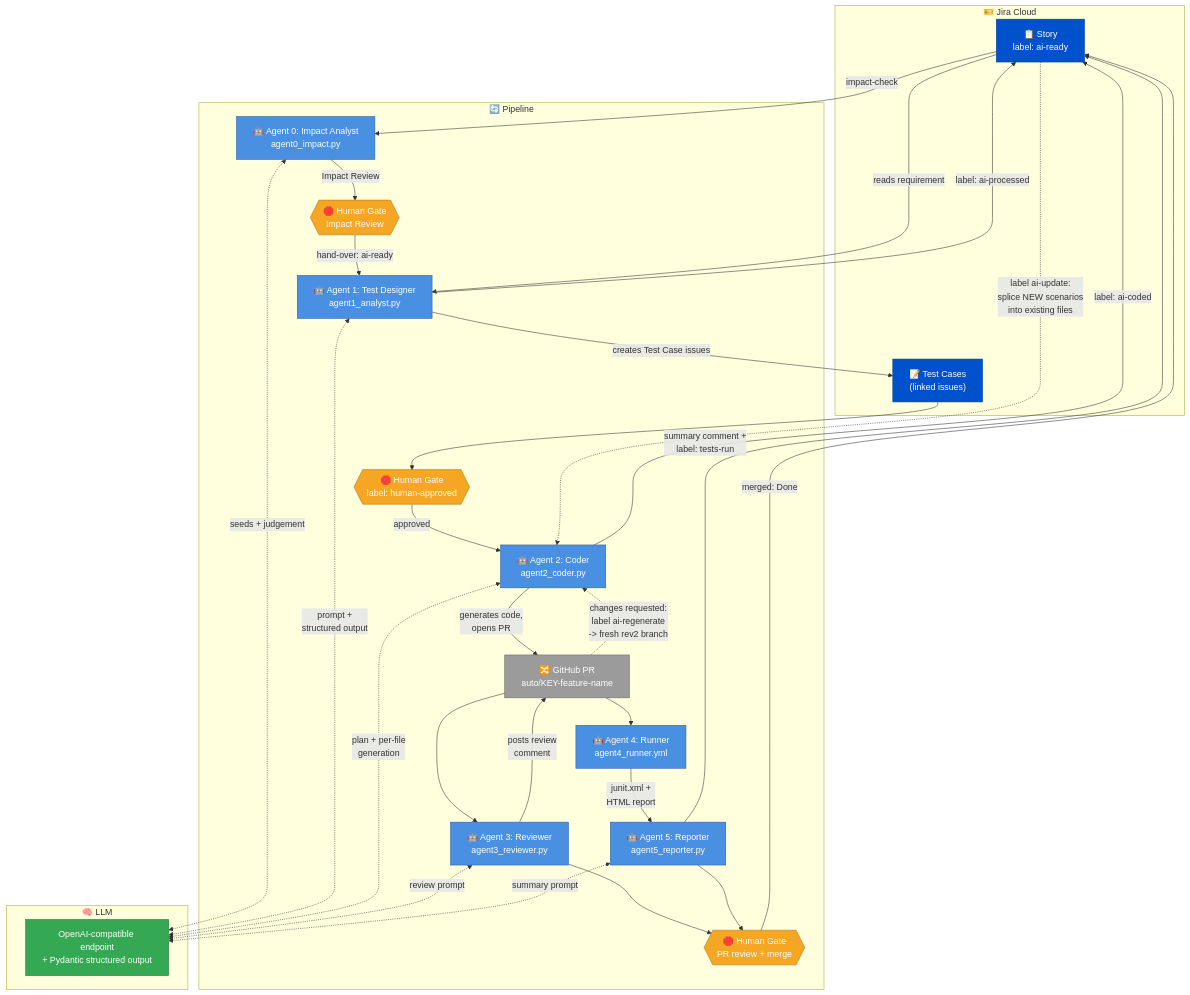
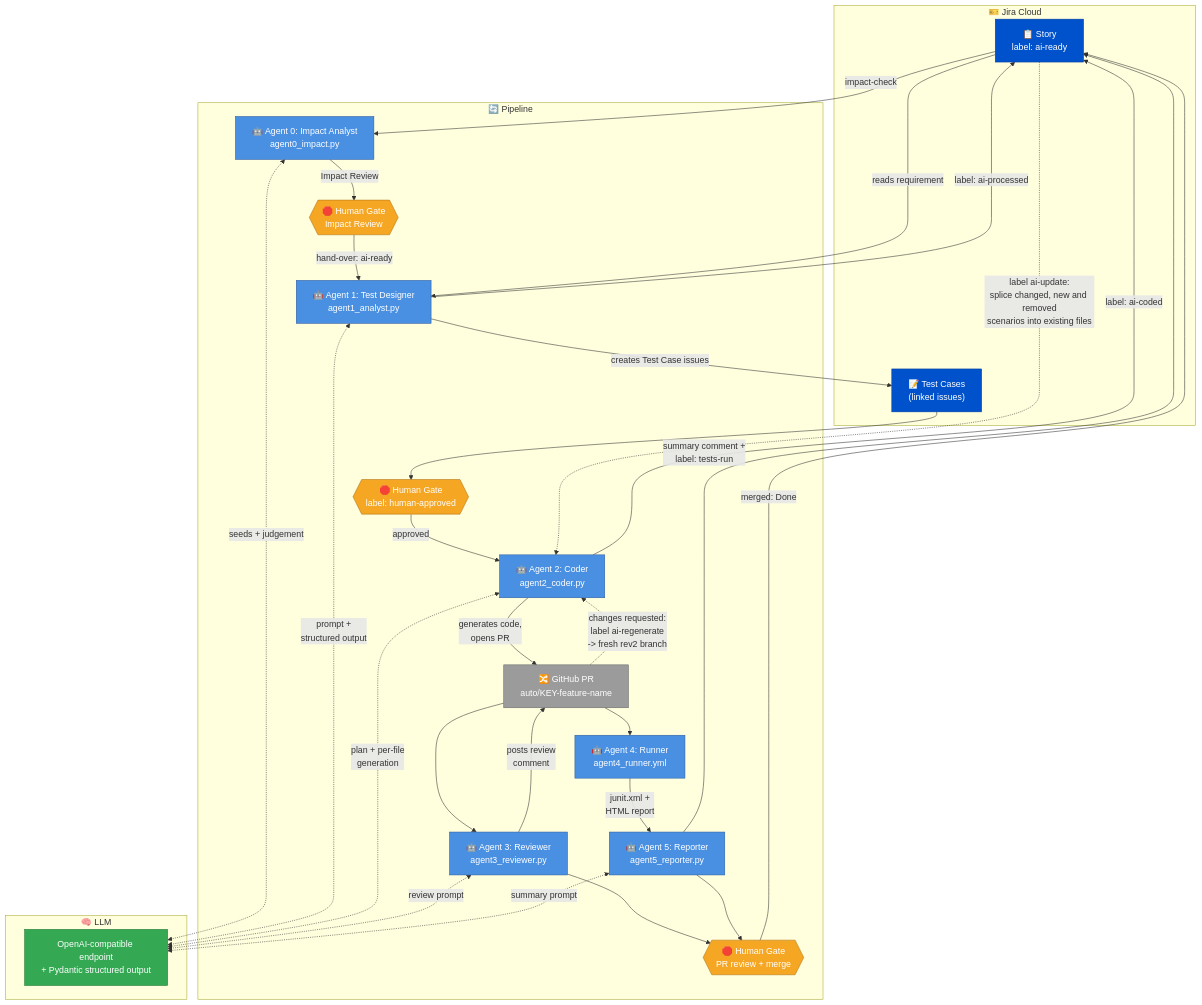
The second of 5 diagrams in docs/GUIDE.md (rajiniottesting-coder/multi-agent-test-automation), drawn with Mermaid before and after one commit. The commit also changed other lines of this file and 6 other files, not shown here.

````diff
--- a/docs/GUIDE.md
+++ b/docs/GUIDE.md
@@ -1633,64 +1655,64 @@
 ```mermaid
 flowchart TB
     subgraph JIRA["🎫 Jira Cloud"]
         Story["📋 Story<br/>label: ai-ready"]
         TC["📝 Test Cases<br/>(linked issues)"]
     end
 
     subgraph PIPELINE["🔄 Pipeline"]
         A0["🤖 Agent 0: Impact Analyst<br/>agent0_impact.py"]
         H0{{"🛑 Human Gate<br/>Impact Review"}}
         A1["🤖 Agent 1: Test Designer<br/>agent1_analyst.py"]
         H1{{"🛑 Human Gate<br/>label: human-approved"}}
         A2["🤖 Agent 2: Coder<br/>agent2_coder.py"]
         PR["🔀 GitHub PR<br/>auto/KEY-feature-name"]
         A3["🤖 Agent 3: Reviewer<br/>agent3_reviewer.py"]
         H2{{"🛑 Human Gate<br/>PR review + merge"}}
         A4["🤖 Agent 4: Runner<br/>agent4_runner.yml"]
         A5["🤖 Agent 5: Reporter<br/>agent5_reporter.py"]
     end
 
     subgraph LLMGROUP["🧠 LLM"]
         LLM["OpenAI-compatible endpoint<br/>+ Pydantic structured output"]
     end
 
     Story -->|"impact-check"| A0
     A0 -->|"Impact Review"| H0
     H0 -->|"hand-over: ai-ready"| A1
     Story -->|"reads requirement"| A1
     A1 -->|"creates Test Case issues"| TC
     A1 -->|"label: ai-processed"| Story
     TC --> H1
     H1 -->|"approved"| A2
     A2 -->|"generates code,<br/>opens PR"| PR
     A2 -->|"label: ai-coded"| Story
     PR --> A3
     A3 -->|"posts review<br/>comment"| PR
     PR --> A4
     A4 -->|"junit.xml +<br/>HTML report"| A5
     A5 -->|"summary comment +<br/>label: tests-run"| Story
     A3 --> H2
     A5 --> H2
     H2 -->|"merged: Done"| Story
 
     PR -.->|"changes requested:<br/>label ai-regenerate<br/>-> fresh rev2 branch"| A2
-    Story -.->|"label ai-update:<br/>splice NEW scenarios<br/>into existing files"| A2
+    Story -.->|"label ai-update:<br/>splice changed, new and removed<br/>scenarios into existing files"| A2
 
     A0 <-.->|"seeds + judgement"| LLM
     A1 <-.->|"prompt +<br/>structured output"| LLM
     A2 <-.->|"plan + per-file<br/>generation"| LLM
     A3 <-.->|"review prompt"| LLM
     A5 <-.->|"summary prompt"| LLM
 
     classDef agent fill:#4a90e2,stroke:#2c5aa0,color:#fff
     classDef human fill:#f5a623,stroke:#b07415,color:#fff
     classDef jira fill:#0052cc,stroke:#003d99,color:#fff
     classDef llm fill:#34a853,stroke:#1e7733,color:#fff
     classDef artifact fill:#9b9b9b,stroke:#666,color:#fff
 
     class A0,A1,A2,A3,A4,A5 agent
     class H0,H1,H2 human
     class Story,TC jira
     class LLM llm
     class PR artifact
 ```
````
